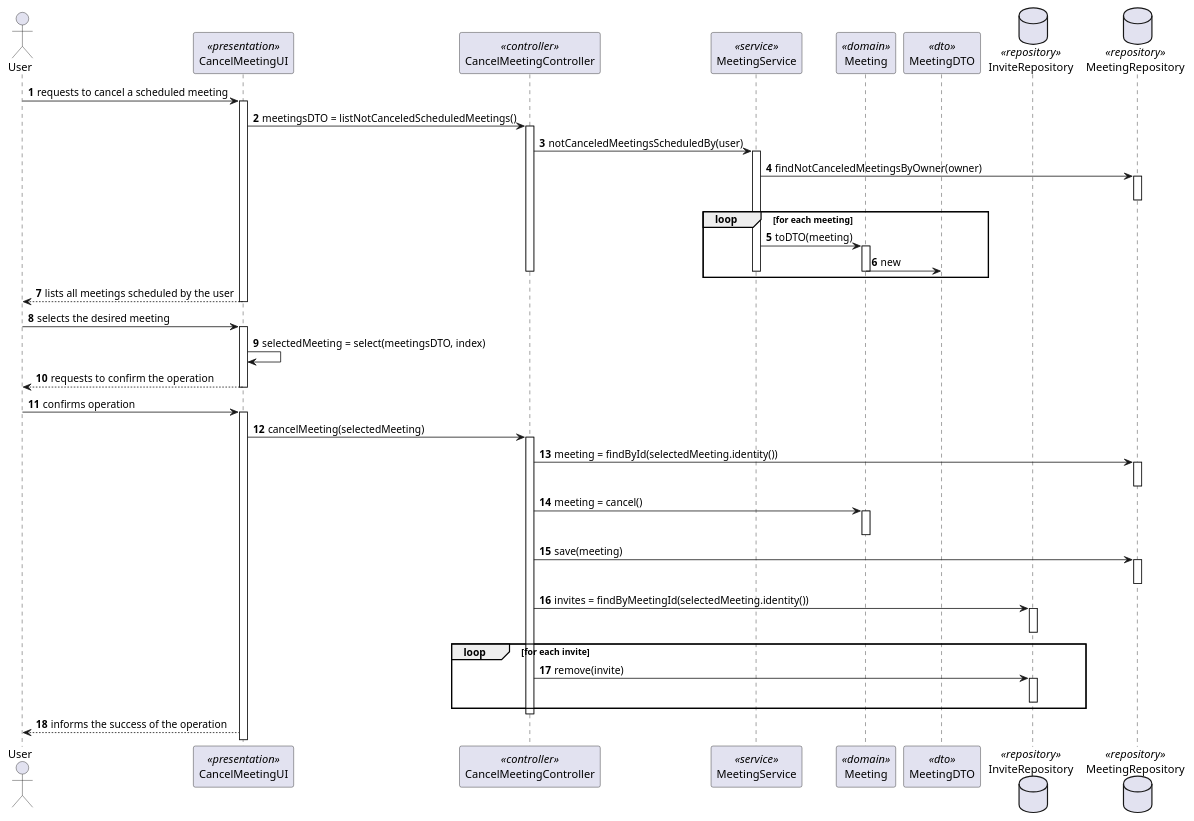
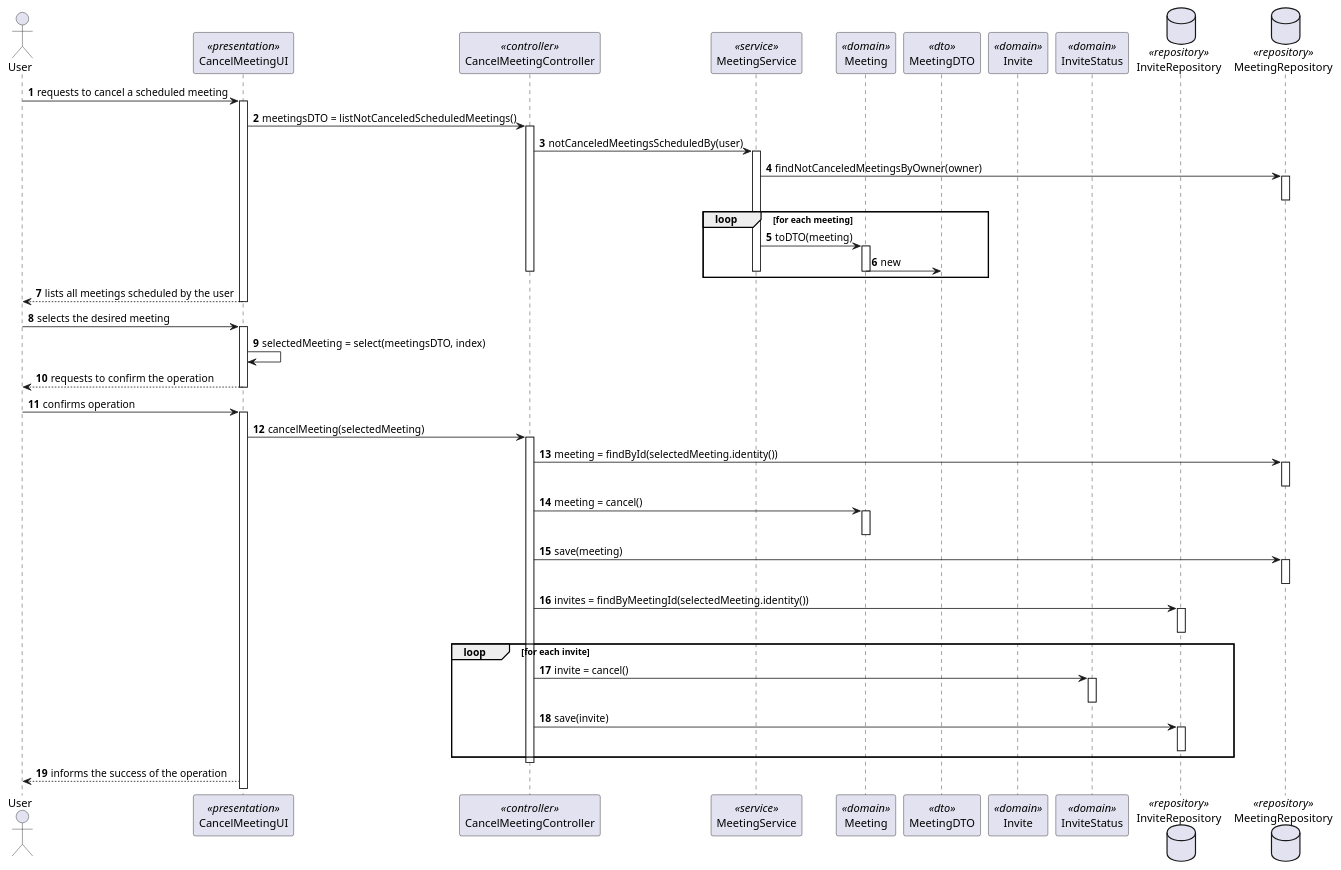
Before and after one commit to miseEnPlace-dev/lapr4: the diagram in docs/sprint-c/us40-4002/US4002_SD.puml, drawn with PlantUML. The commit also changed 5 other files, not shown here.

Commit message:
feat: added canceled value to InviteStatus & updated ctrl (#52)

```diff
--- a/docs/sprint-c/us40-4002/US4002_SD.puml
+++ b/docs/sprint-c/us40-4002/US4002_SD.puml
@@ -1,71 +1,77 @@
 @startuml US4002_SD
 autonumber
 
 actor "User" as U
 
 participant "CancelMeetingUI" as UI <<presentation>>
 participant "CancelMeetingController" as CTRL <<controller>>
 participant "MeetingService" as MS <<service>>
 participant "Meeting" as Meeting <<domain>>
 participant "MeetingDTO" as DTO <<dto>>
+participant "Invite" as Invite <<domain>>
+participant "InviteStatus" as InviteStatus <<domain>>
+
 
 database InviteRepository as IR <<repository>>
 database MeetingRepository as MR <<repository>>
 
 
 
 U -> UI: requests to cancel a scheduled meeting
 activate UI
 UI -> CTRL: meetingsDTO = listNotCanceledScheduledMeetings()
 activate CTRL
 CTRL -> MS: notCanceledMeetingsScheduledBy(user)
 
 activate MS
 MS -> MR: findNotCanceledMeetingsByOwner(owner)
 activate MR
 deactivate MR
 loop for each meeting
     MS -> Meeting : toDTO(meeting)
     activate Meeting
     Meeting -> DTO : new
     deactivate MS
     deactivate Meeting
     deactivate CTRL
   end loop
 UI --> U: lists all meetings scheduled by the user
 deactivate UI
 
 U -> UI: selects the desired meeting
 activate UI
 UI -> UI: selectedMeeting = select(meetingsDTO, index)
 
 UI --> U: requests to confirm the operation
 deactivate UI
 U -> UI: confirms operation
 activate UI
 UI -> CTRL: cancelMeeting(selectedMeeting)
 
 activate CTRL
 CTRL -> MR: meeting = findById(selectedMeeting.identity())
 activate MR
 deactivate MR
 CTRL -> Meeting: meeting = cancel()
 activate Meeting
 deactivate Meeting
 CTRL -> MR: save(meeting)
 activate MR
 deactivate MR
 CTRL -> IR: invites = findByMeetingId(selectedMeeting.identity())
 activate IR
 deactivate IR
 
 loop for each invite
-    CTRL -> IR: remove(invite)
+    CTRL -> InviteStatus: invite = cancel()
+    activate InviteStatus
+    deactivate InviteStatus
+    CTRL -> IR: save(invite)
     activate IR
     deactivate IR
 end loop
 
 deactivate CTRL
 UI --> U: informs the success of the operation
 
 @enduml
```
